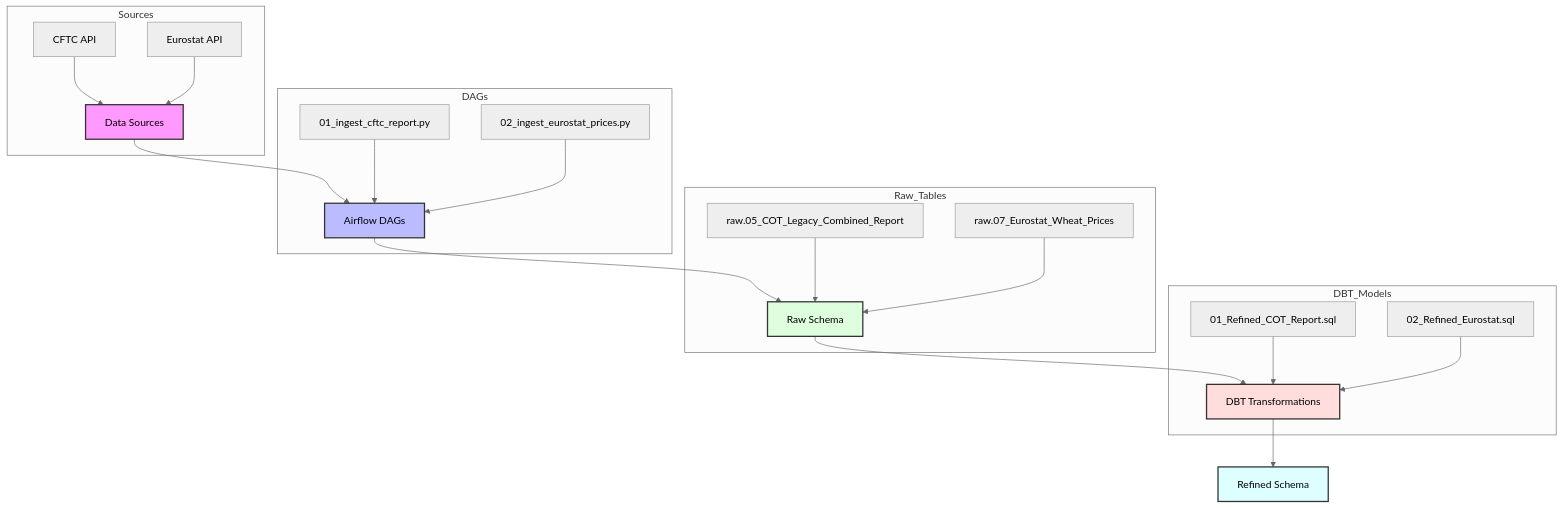
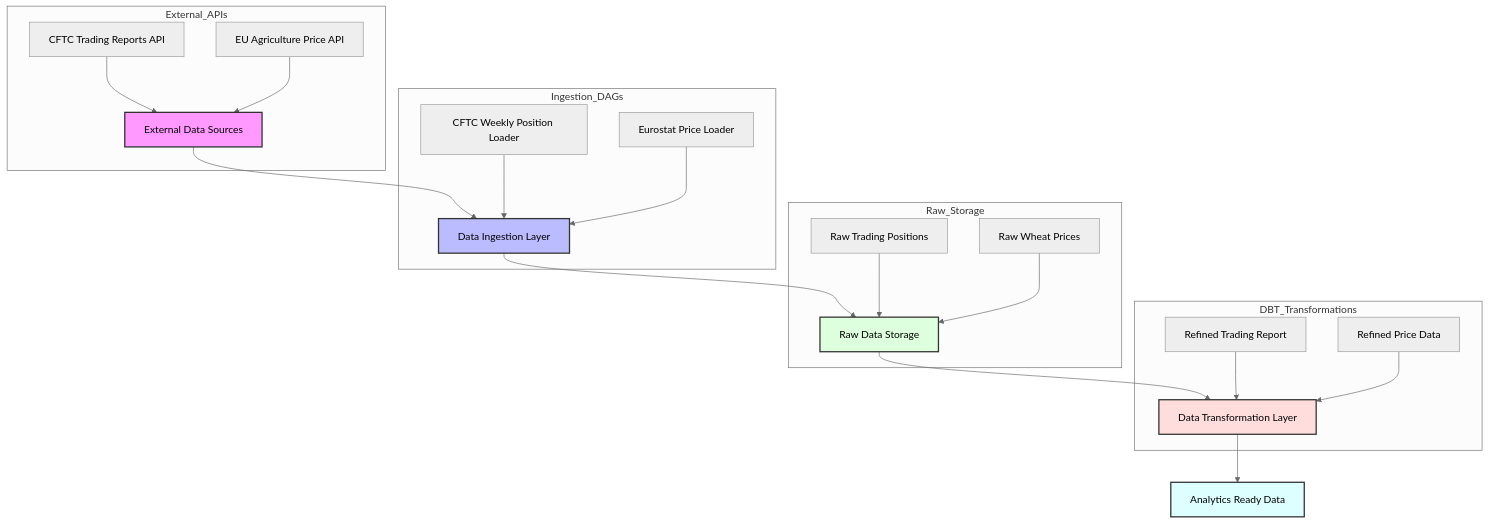
The diagram in README.md (ShubhamDalvi1999/Data-Transformation-using-DBT), drawn with Mermaid (neutral theme) before and after one commit. The commit also changed other lines of this file, not shown here.

Commit message:
readme-changes

````diff
--- a/README.md
+++ b/README.md
@@ -55,33 +55,33 @@
 ```mermaid
 graph TD
-    A[Data Sources] --> B[Airflow DAGs]
-    B --> C[Raw Schema]
-    C --> D[DBT Transformations]
-    D --> E[Refined Schema]
+    A[External Data Sources] --> B[Data Ingestion Layer]
+    B --> C[Raw Data Storage]
+    C --> D[Data Transformation Layer]
+    D --> E[Analytics Ready Data]
 
-    subgraph Sources
-        A1[CFTC API] --> A
-        A2[Eurostat API] --> A
+    subgraph External_APIs
+        A1[CFTC Trading Reports API] --> A
+        A2[EU Agriculture Price API] --> A
     end
 
-    subgraph DAGs
-        B1[01_ingest_cftc_report.py] --> B
-        B2[02_ingest_eurostat_prices.py] --> B
+    subgraph Ingestion_DAGs
+        B1[CFTC Weekly Position Loader] --> B
+        B2[Eurostat Price Loader] --> B
     end
 
-    subgraph Raw_Tables
-        C1[raw.05_COT_Legacy_Combined_Report] --> C
-        C2[raw.07_Eurostat_Wheat_Prices] --> C
+    subgraph Raw_Storage
+        C1[Raw Trading Positions] --> C
+        C2[Raw Wheat Prices] --> C
     end
 
-    subgraph DBT_Models
-        D1[01_Refined_COT_Report.sql] --> D
-        D2[02_Refined_Eurostat.sql] --> D
+    subgraph DBT_Transformations
+        D1[Refined Trading Report] --> D
+        D2[Refined Price Data] --> D
     end
 
     style A fill:#f9f,stroke:#333,stroke-width:2px
     style B fill:#bbf,stroke:#333,stroke-width:2px
     style C fill:#dfd,stroke:#333,stroke-width:2px
     style D fill:#fdd,stroke:#333,stroke-width:2px
     style E fill:#dff,stroke:#333,stroke-width:2px
 ```
````
